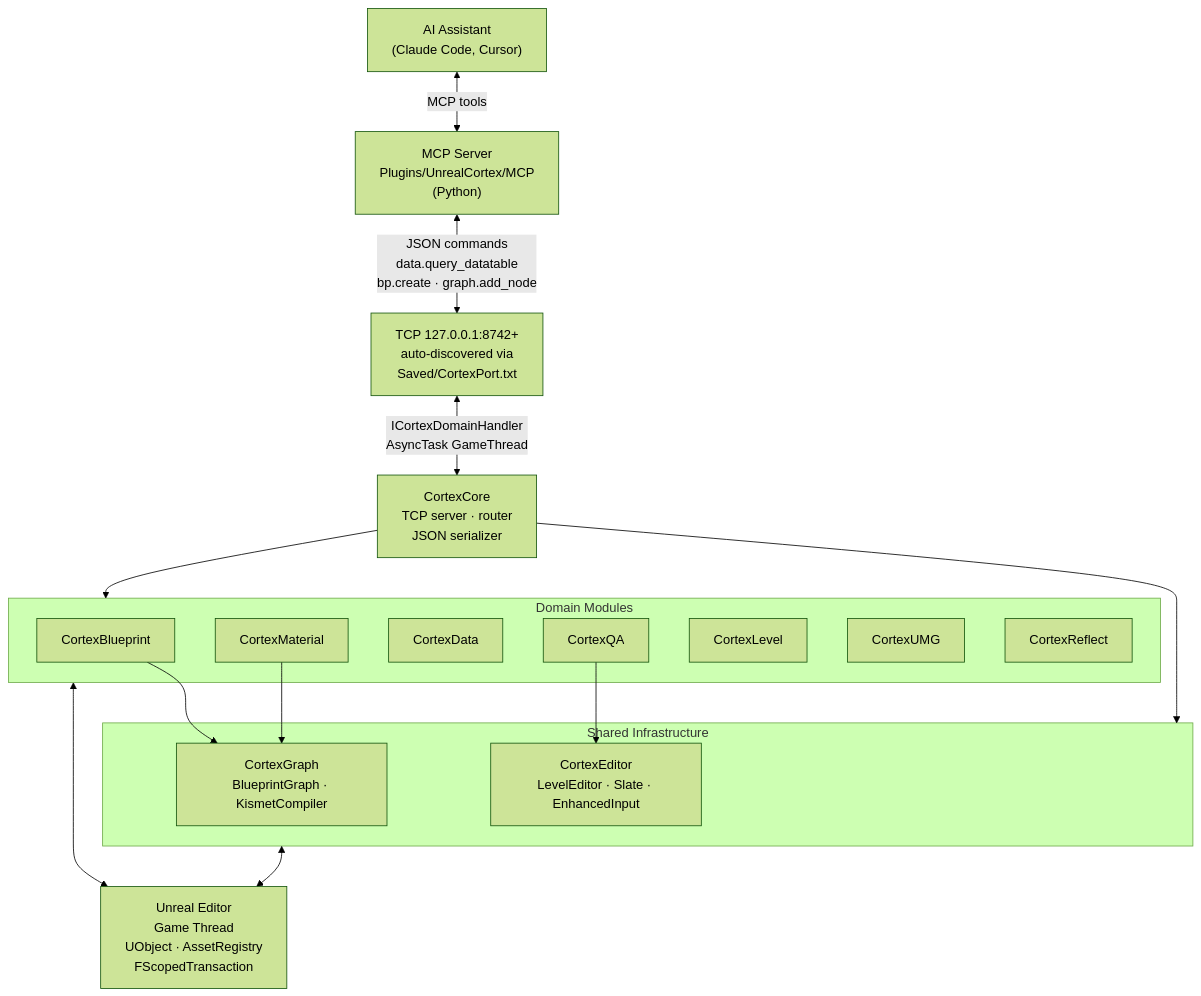
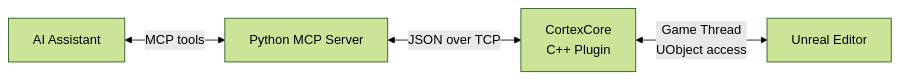
Before and after one commit to etelyatn/UnrealCortex: the diagram in README.md, drawn with Mermaid (forest theme). The commit also changed other lines of this file, not shown here.

Commit message:
docs: improve tagline, simplify diagram, move module deps to deep dive, add QA mention

````diff
--- a/README.md
+++ b/README.md
@@ -21,35 +23,11 @@
 ```mermaid
-flowchart TD
-    AI["AI Assistant\n(Claude Code, Cursor)"]
-    MCP["MCP Server\nPlugins/UnrealCortex/MCP\n(Python)"]
-    TCP["TCP 127.0.0.1:8742+\nauto-discovered via\nSaved/CortexPort.txt"]
-    Core["CortexCore\nTCP server · router\nJSON serializer"]
+flowchart LR
+    AI["AI Assistant"]
+    MCP["Python MCP Server"]
+    Core["CortexCore\nC++ Plugin"]
+    UE["Unreal Editor"]
 
-    subgraph Shared ["Shared Infrastructure"]
-        Graph["CortexGraph\nBlueprintGraph · KismetCompiler"]
-        Editor["CortexEditor\nLevelEditor · Slate · EnhancedInput"]
-    end
-
-    subgraph Domains ["Domain Modules"]
-        BP["CortexBlueprint"]
-        Mat["CortexMaterial"]
-        Data["CortexData"]
-        QA["CortexQA"]
-        Level["CortexLevel"]
-        UMG["CortexUMG"]
-        Reflect["CortexReflect"]
-    end
-
-    UE["Unreal Editor\nGame Thread\nUObject · AssetRegistry\nFScopedTransaction"]
-
-    AI <-->|"MCP tools"| MCP
-    MCP <-->|"JSON commands\ndata.query_datatable\nbp.create · graph.add_node"| TCP
-    TCP <-->|"ICortexDomainHandler\nAsyncTask GameThread"| Core
-    Core --> Shared
-    Core --> Domains
-    BP --> Graph
-    Mat --> Graph
-    QA --> Editor
-    Shared <--> UE
-    Domains <--> UE
+    AI <-- "MCP tools" --> MCP
+    MCP <-- "JSON over TCP" --> Core
+    Core <-- "Game Thread\nUObject access" --> UE
 ```
````
